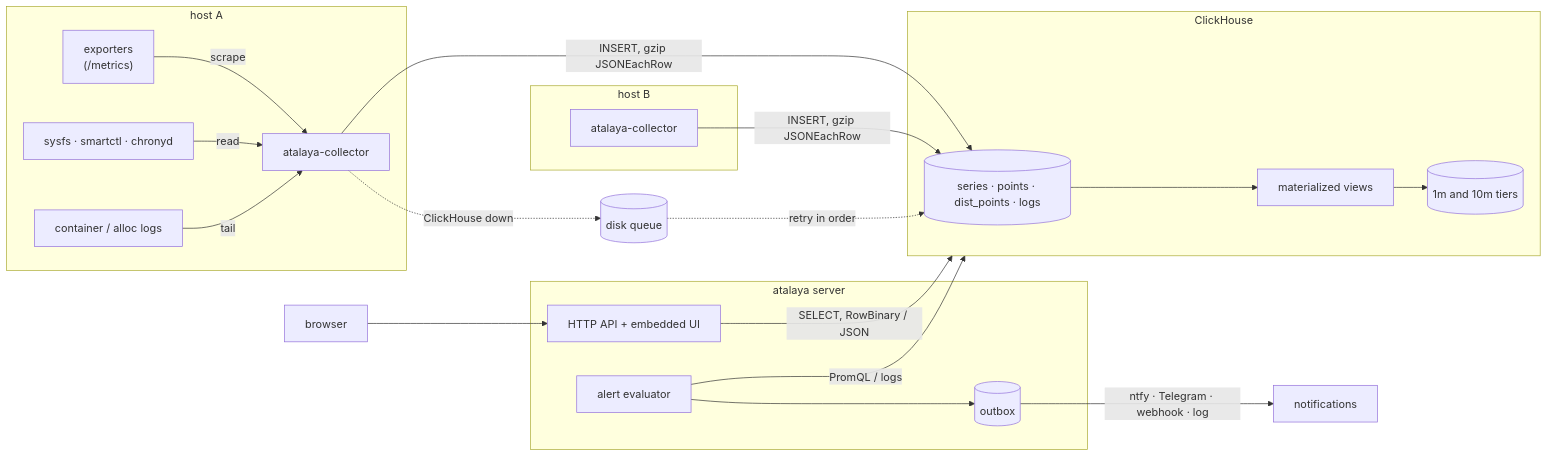
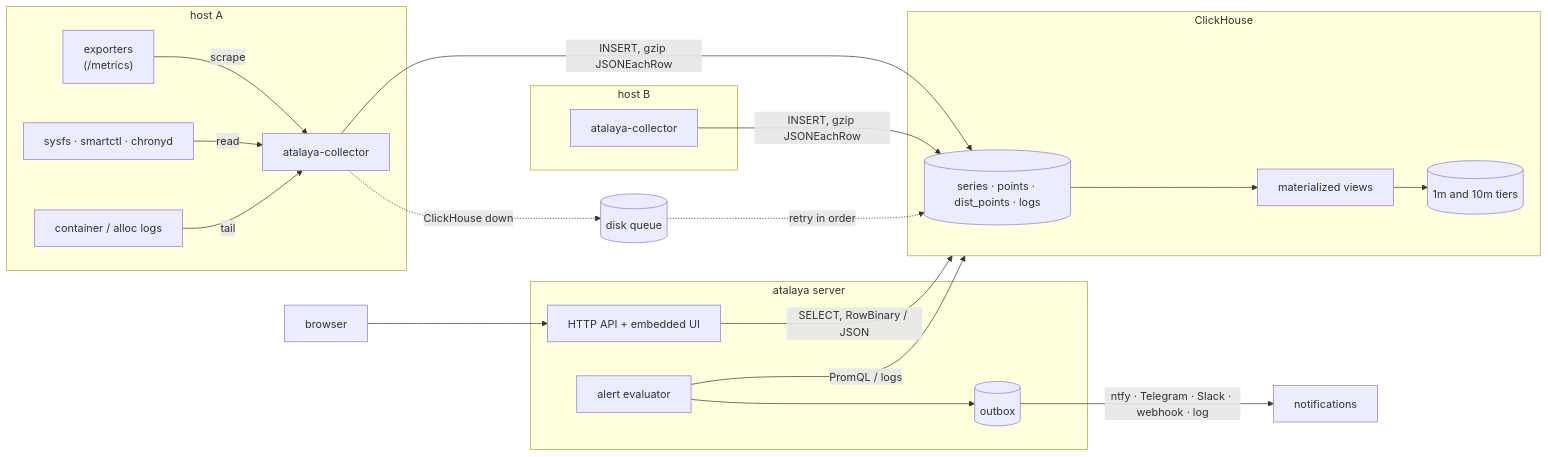
One commit to mariojcr/atalaya changed the first of 4 diagrams in docs/architecture.md. Above: the diagram before and after it, drawn with Mermaid. The commit also changed 3 other files, not shown here.

First line of the commit message:
feat(server): a slack alert channel, through an incoming webhook (#35)

````diff
--- a/docs/architecture.md
+++ b/docs/architecture.md
@@ -3,35 +3,35 @@
 ```mermaid
 flowchart LR
     subgraph hostA["host A"]
         CA["atalaya-collector"]
         TA["exporters<br/>(/metrics)"]
         SA["sysfs · smartctl · chronyd"]
         LA["container / alloc logs"]
     end
     subgraph hostB["host B"]
         CB["atalaya-collector"]
     end
     TA -->|scrape| CA
     SA -->|read| CA
     LA -->|tail| CA
     CA -->|"INSERT, gzip JSONEachRow"| CH
     CB -->|"INSERT, gzip JSONEachRow"| CH
     CA -.->|"ClickHouse down"| QA[("disk queue")]
     QA -.->|retry in order| CH
     subgraph store["ClickHouse"]
         CH[("series · points · dist_points · logs")]
         MV["materialized views"]
         T[("1m and 10m tiers")]
         CH --> MV --> T
     end
     subgraph server["atalaya server"]
         API["HTTP API + embedded UI"]
         AL["alert evaluator"]
         OB[("outbox")]
         AL --> OB
     end
     API -->|"SELECT, RowBinary / JSON"| store
     AL -->|PromQL / logs| store
-    OB -->|"ntfy · Telegram · webhook · log"| N["notifications"]
+    OB -->|"ntfy · Telegram · Slack · webhook · log"| N["notifications"]
     U["browser"] --> API
 ```
````
